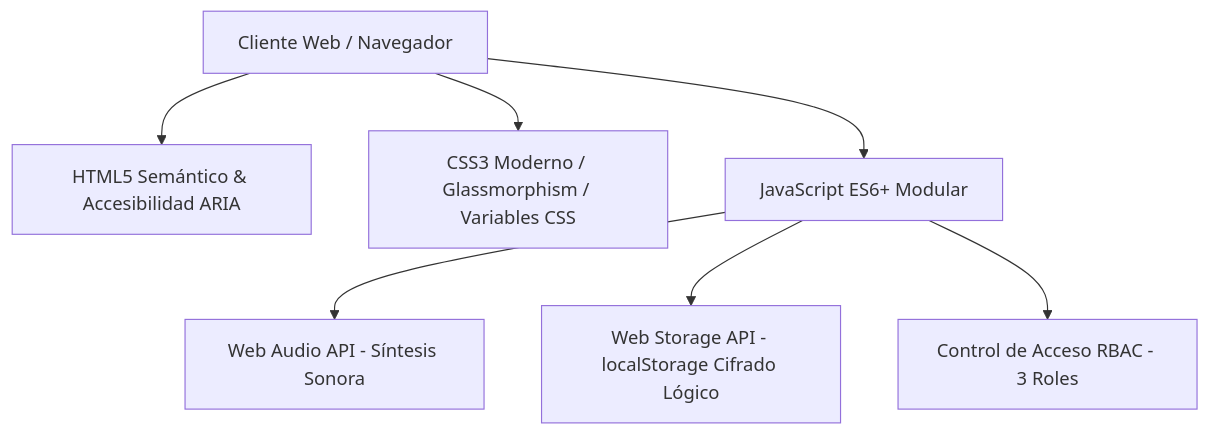
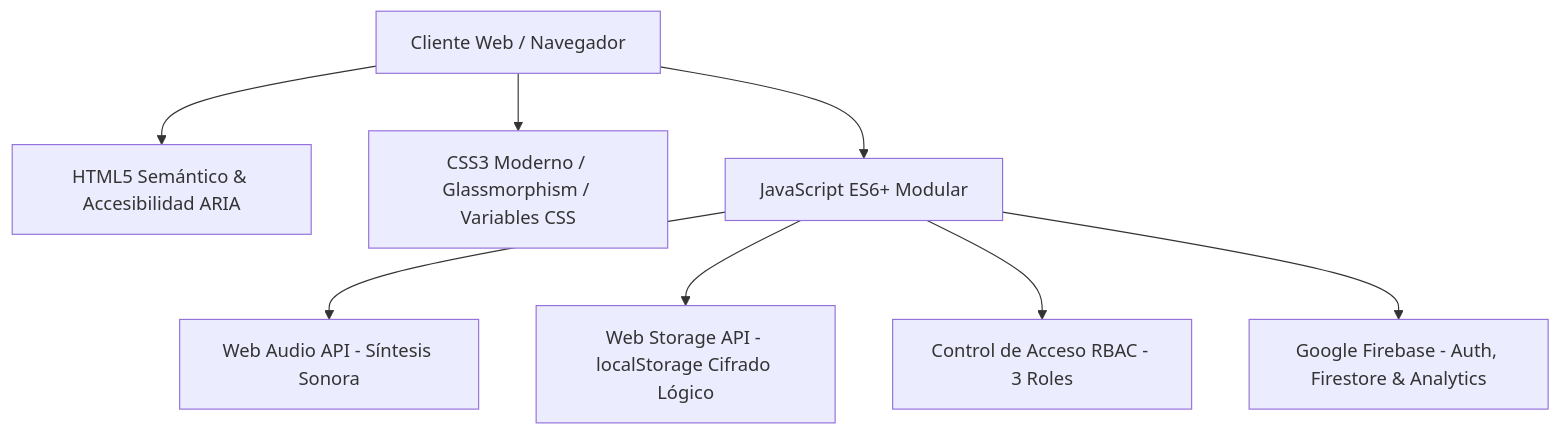
Before and after one commit to xolonica26/XOLONICA-CRESER: the first of 3 diagrams in README.md, drawn with Mermaid. The commit also changed other lines of this file and 3 other files, not shown here.

Commit message:
feat: integrar conexion oficial de Google Firebase (cresernicaragua)

````diff
--- a/README.md
+++ b/README.md
@@ -26,9 +26,10 @@
 ```mermaid
 graph TD
     A[Cliente Web / Navegador] --> B[HTML5 Semántico & Accesibilidad ARIA]
     A --> C[CSS3 Moderno / Glassmorphism / Variables CSS]
     A --> D[JavaScript ES6+ Modular]
     D --> E[Web Audio API - Síntesis Sonora]
     D --> F[Web Storage API - localStorage Cifrado Lógico]
     D --> G[Control de Acceso RBAC - 3 Roles]
+    D --> H[Google Firebase - Auth, Firestore & Analytics]
 ```
````
